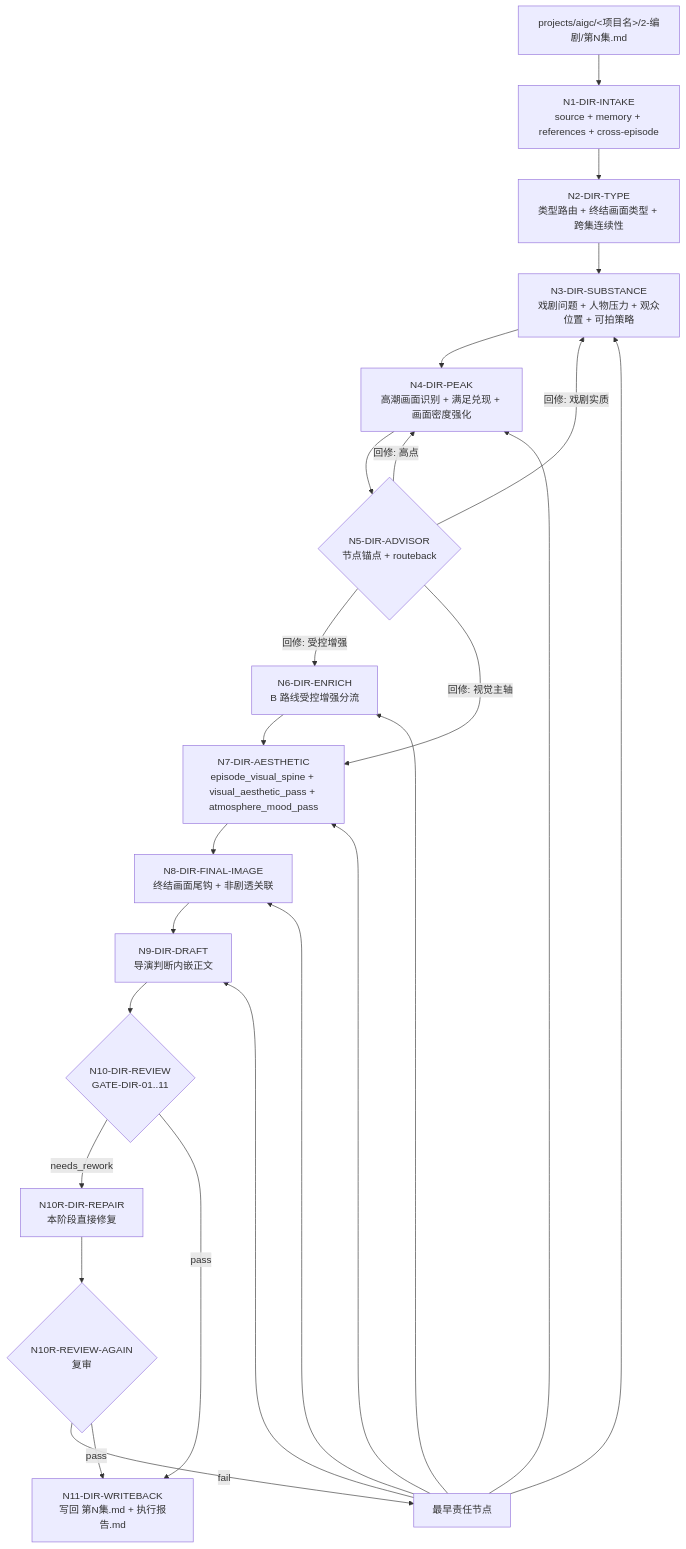
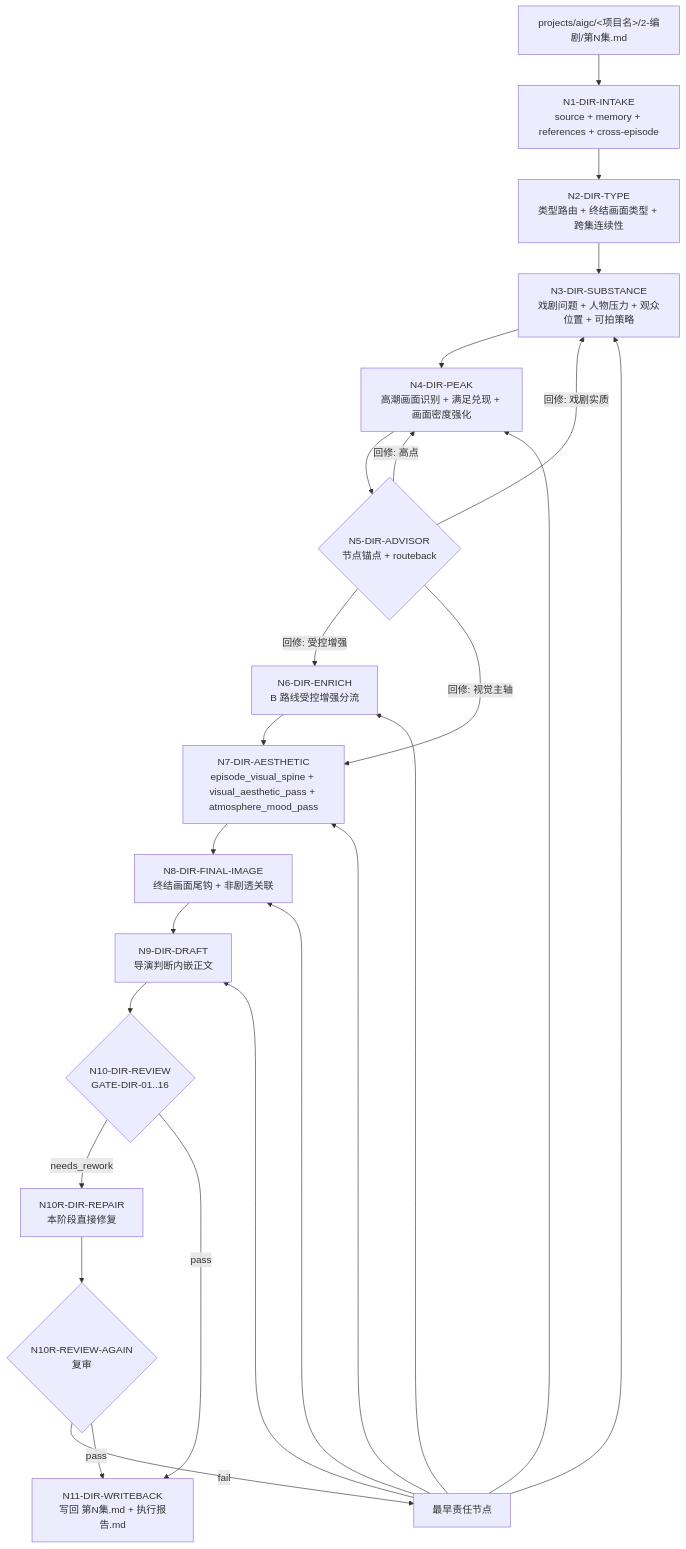
The first of 2 diagrams in .agents/skills/aigc/3-导演/SKILL.md (ZEN-VOID/AI-CUT), drawn with Mermaid before and after one commit. The commit also changed other lines of this file and 137 other files, not shown here.

````diff
--- a/.agents/skills/aigc/3-导演/SKILL.md
+++ b/.agents/skills/aigc/3-导演/SKILL.md
@@ -184,27 +192,27 @@
 ```mermaid
 flowchart TD
     A["projects/aigc/<项目名>/2-编剧/第N集.md"] --> B["N1-DIR-INTAKE\nsource + memory + references + cross-episode"]
     B --> C["N2-DIR-TYPE\n类型路由 + 终结画面类型 + 跨集连续性"]
     C --> D["N3-DIR-SUBSTANCE\n戏剧问题 + 人物压力 + 观众位置 + 可拍策略"]
     D --> P["N4-DIR-PEAK\n高潮画面识别 + 满足兑现 + 画面密度强化"]
     P --> AD{"N5-DIR-ADVISOR\n节点锚点 + routeback"}
     AD -->|"回修: 戏剧实质"| D
     AD -->|"回修: 高点"| P
     AD -->|"回修: 受控增强"| EN["N6-DIR-ENRICH\nB 路线受控增强分流"]
     AD -->|"回修: 视觉主轴"| VS["N7-DIR-AESTHETIC\nepisode_visual_spine + visual_aesthetic_pass + atmosphere_mood_pass"]
     EN --> VS
     VS --> FI["N8-DIR-FINAL-IMAGE\n终结画面尾钩 + 非剧透关联"]
     FI --> M["N9-DIR-DRAFT\n导演判断内嵌正文"]
-    M --> R{"N10-DIR-REVIEW\nGATE-DIR-01..11"}
+    M --> R{"N10-DIR-REVIEW\nGATE-DIR-01..16"}
     R -->|"needs_rework"| RR["N10R-DIR-REPAIR\n本阶段直接修复"]
     RR --> R2{"N10R-REVIEW-AGAIN\n复审"}
     R2 -->|"fail"| RB["最早责任节点"]
     RB --> D
     RB --> P
     RB --> EN
     RB --> VS
     RB --> FI
     RB --> M
     R2 -->|"pass"| W["N11-DIR-WRITEBACK\n写回 第N集.md + 执行报告.md"]
     R -->|"pass"| W
 ```
````
